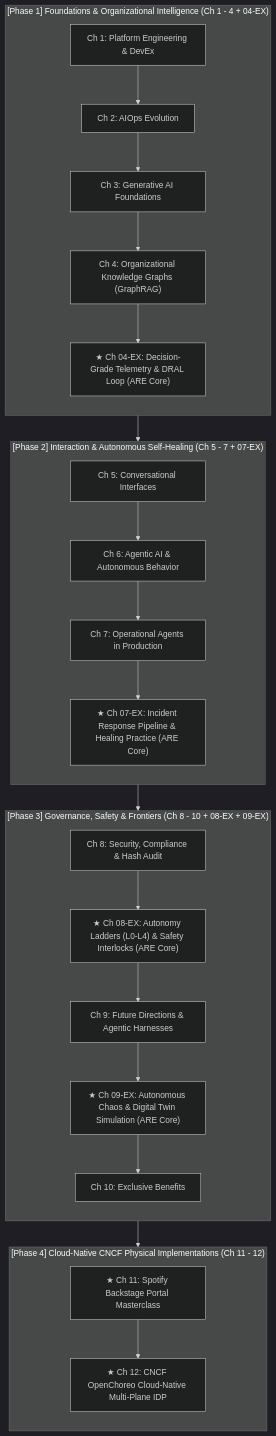
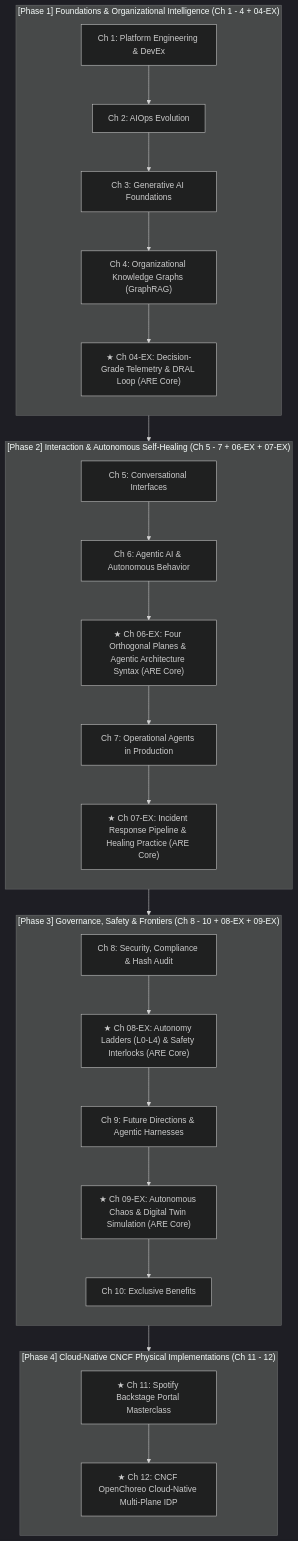
The third of 3 diagrams in preface.md (tedmax100/agentic-ai-for-pe), drawn with Mermaid (dark theme) before and after one commit. The commit also changed other lines of this file and 8 other files, not shown here.

Commit message:
feat: add Chapter 06 Extension on ARE four orthogonal planes and map to OpenChoreo

````diff
--- a/preface.md
+++ b/preface.md
@@ -106,40 +106,41 @@
 ```mermaid
 flowchart TD
     subgraph Part1["[Phase 1] Foundations & Organizational Intelligence (Ch 1 - 4 + 04-EX)"]
         direction TB
         C1["Ch 1: Platform Engineering & DevEx"]
         C2["Ch 2: AIOps Evolution"]
         C3["Ch 3: Generative AI Foundations"]
         C4["Ch 4: Organizational Knowledge Graphs (GraphRAG)"]
         C4EX["★ Ch 04-EX: Decision-Grade Telemetry & DRAL Loop (ARE Core)"]
         C1 --> C2 --> C3 --> C4 --> C4EX
     end
 
-    subgraph Part2["[Phase 2] Interaction & Autonomous Self-Healing (Ch 5 - 7 + 07-EX)"]
+    subgraph Part2["[Phase 2] Interaction & Autonomous Self-Healing (Ch 5 - 7 + 06-EX + 07-EX)"]
         direction TB
         C5["Ch 5: Conversational Interfaces"]
         C6["Ch 6: Agentic AI & Autonomous Behavior"]
+        C6EX["★ Ch 06-EX: Four Orthogonal Planes & Agentic Architecture Syntax (ARE Core)"]
         C7["Ch 7: Operational Agents in Production"]
         C7EX["★ Ch 07-EX: Incident Response Pipeline & Healing Practice (ARE Core)"]
-        C5 --> C6 --> C7 --> C7EX
+        C5 --> C6 --> C6EX --> C7 --> C7EX
     end
 
     subgraph Part3["[Phase 3] Governance, Safety & Frontiers (Ch 8 - 10 + 08-EX + 09-EX)"]
         direction TB
         C8["Ch 8: Security, Compliance & Hash Audit"]
         C8EX["★ Ch 08-EX: Autonomy Ladders (L0-L4) & Safety Interlocks (ARE Core)"]
         C9["Ch 9: Future Directions & Agentic Harnesses"]
         C9EX["★ Ch 09-EX: Autonomous Chaos & Digital Twin Simulation (ARE Core)"]
         C10["Ch 10: Exclusive Benefits"]
         C8 --> C8EX --> C9 --> C9EX --> C10
     end
 
     subgraph Part4["[Phase 4] Cloud-Native CNCF Physical Implementations (Ch 11 - 12)"]
         direction TB
         C11["★ Ch 11: Spotify Backstage Portal Masterclass"]
         C12["★ Ch 12: CNCF OpenChoreo Cloud-Native Multi-Plane IDP"]
         C11 --> C12
     end
 
     Part1 --> Part2 --> Part3 --> Part4
 ```
````
